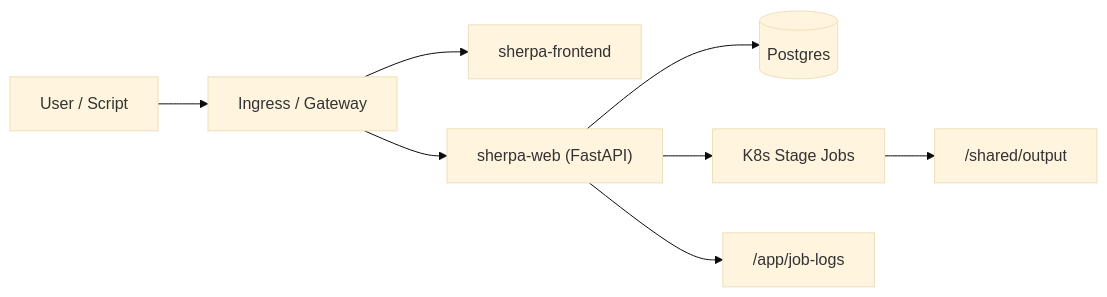
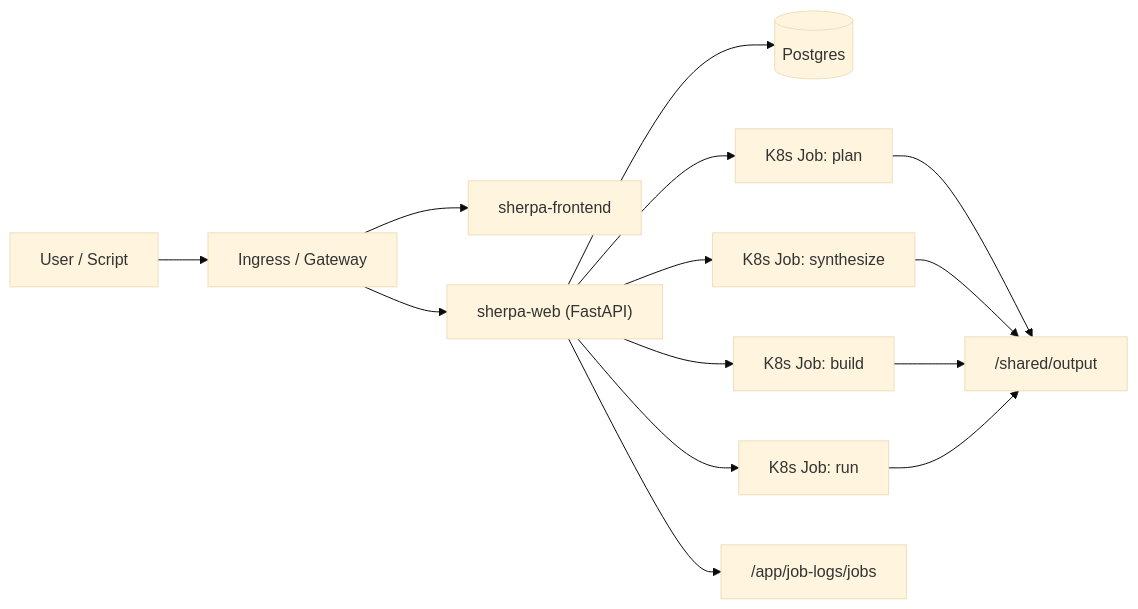
Before and after one commit to ZUENS2020/Sherpa: the first of 8 diagrams in README.md, drawn with Mermaid (base theme). The commit also changed other lines of this file, not shown here.

````diff
--- a/README.md
+++ b/README.md
@@ -26,10 +48,16 @@
 ```mermaid
 flowchart LR
   U["User / Script"] --> IN["Ingress / Gateway"]
   IN --> FE["sherpa-frontend"]
   IN --> API["sherpa-web (FastAPI)"]
   API --> DB[("Postgres")]
-  API --> JOBS["K8s Stage Jobs"]
-  JOBS --> SHARED["/shared/output"]
-  API --> LOGS["/app/job-logs"]
+  API --> J1["K8s Job: plan"]
+  API --> J2["K8s Job: synthesize"]
+  API --> J3["K8s Job: build"]
+  API --> J4["K8s Job: run"]
+  J1 --> OUT["/shared/output"]
+  J2 --> OUT
+  J3 --> OUT
+  J4 --> OUT
+  API --> LOGS["/app/job-logs/jobs"]
 ```
````
